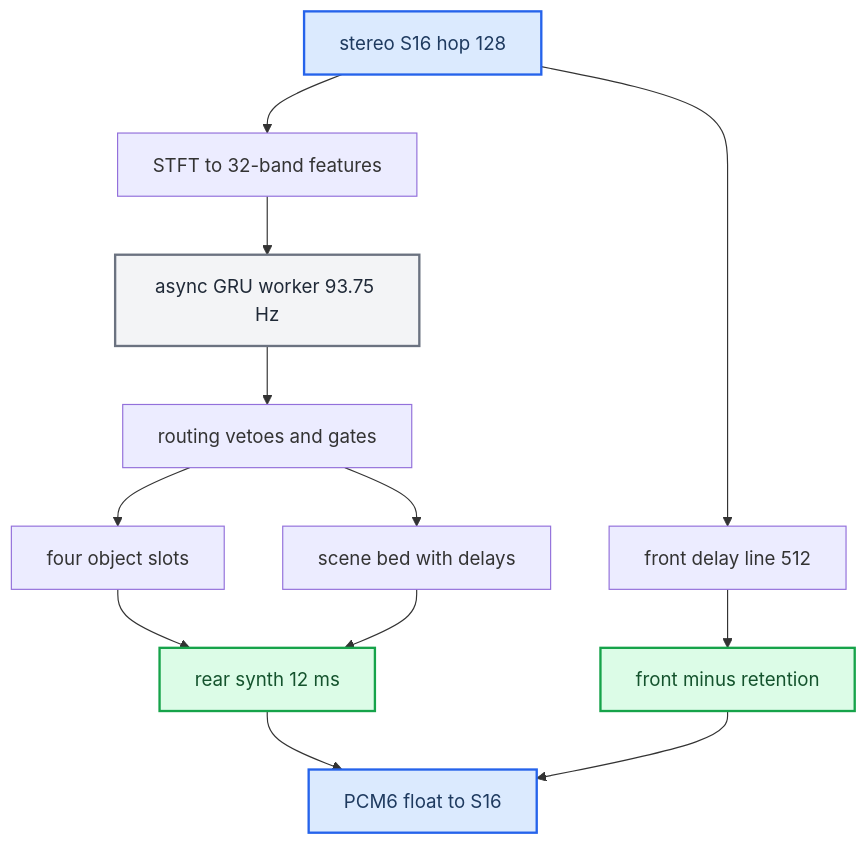
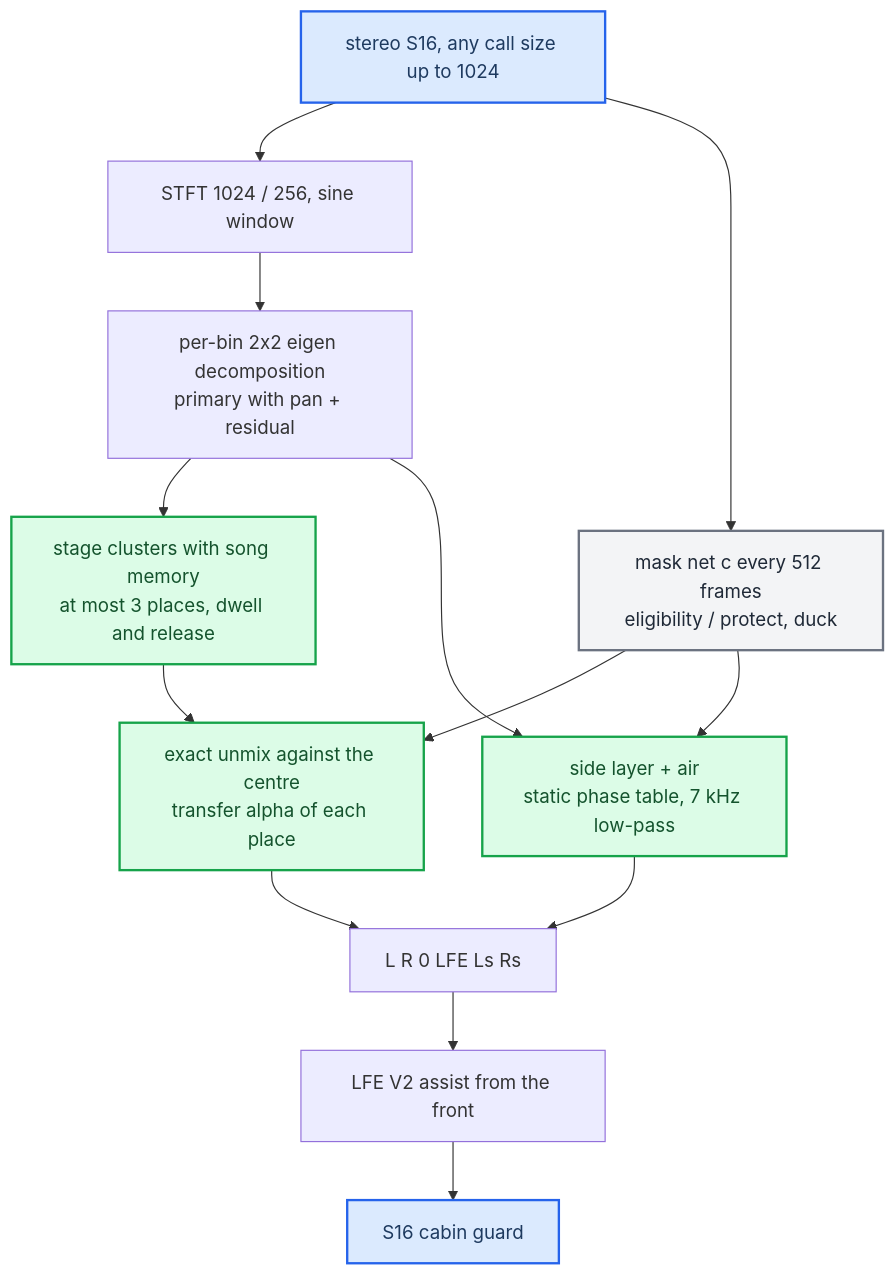
The fourth of 5 diagrams in docs/audio/STEREO_TO_5_1_UPMIX.md (luka-dev/mib2q-carplay-rgi), drawn with Mermaid before and after one commit. The commit also changed other lines of this file and 1105 other files, not shown here.

First line of the commit message:
audio: retire the HSSR Universal upmix, SCENE is the only renderer

````diff
--- a/docs/audio/STEREO_TO_5_1_UPMIX.md
+++ b/docs/audio/STEREO_TO_5_1_UPMIX.md
@@ -152,27 +154,26 @@
 ```mermaid
 flowchart TB
-  accTitle: HSSR per-hop signal flow
-  accDescr: One 128-sample hop splits into a bit-exact delayed front and an STFT feature path driving a GRU controller, routing, objects and bed, then rear synthesis and the PCM6 output.
-  stereo_in["stereo S16 hop 128"]
-  front_delay["front delay line 512"]
-  stft_features["STFT to 32-band features"]
-  gru_worker["async GRU worker 93.75 Hz"]
-  routing_decode["routing vetoes and gates"]
-  object_slots["four object slots"]
-  scene_bed["scene bed with delays"]
-  rear_synth["rear synth 12 ms"]
-  front_out["front minus retention"]
-  pcm6_out["PCM6 float to S16"]
-  stereo_in --> front_delay --> front_out
-  stereo_in --> stft_features --> gru_worker --> routing_decode
-  routing_decode --> object_slots --> rear_synth
-  routing_decode --> scene_bed --> rear_synth
-  rear_synth --> pcm6_out
-  front_out --> pcm6_out
+  accTitle: Scene renderer signal flow
+  accDescr: The 1024-by-256 STFT feeds a per-bin two-by-two decomposition, the stage clusters with song memory, the exact unmix and transfer, the side layer with air and the mask net semantic stage, producing six channels that pass LFE V2 and the cabin guard.
+  stereo_in["stereo S16, any call size up to 1024"]
+  stft["STFT 1024 / 256, sine window"]
+  decompose["per-bin 2x2 eigen decomposition<br/>primary with pan + residual"]
+  clusters["stage clusters with song memory<br/>at most 3 places, dwell and release"]
+  unmix["exact unmix against the centre<br/>transfer alpha of each place"]
+  side["side layer + air<br/>static phase table, 7 kHz low-pass"]
+  mask_net["mask net c every 512 frames<br/>eligibility / protect, duck"]
+  six_out["L R 0 LFE Ls Rs"]
+  lfe_v2["LFE V2 assist from the front"]
+  guard["S16 cabin guard"]
+  stereo_in --> stft --> decompose --> clusters --> unmix --> six_out
+  decompose --> side --> six_out
+  stereo_in --> mask_net --> unmix
+  mask_net --> side
+  six_out --> lfe_v2 --> guard
   classDef primary fill:#dbeafe,stroke:#2563eb,stroke-width:2px,color:#1e3a5f
   classDef success fill:#dcfce7,stroke:#16a34a,stroke-width:2px,color:#14532d
   classDef neutral fill:#f3f4f6,stroke:#6b7280,stroke-width:2px,color:#1f2937
-  class stereo_in,pcm6_out primary
-  class rear_synth,front_out success
-  class gru_worker neutral
+  class stereo_in,guard primary
+  class clusters,unmix,side success
+  class mask_net neutral
 ```
````
